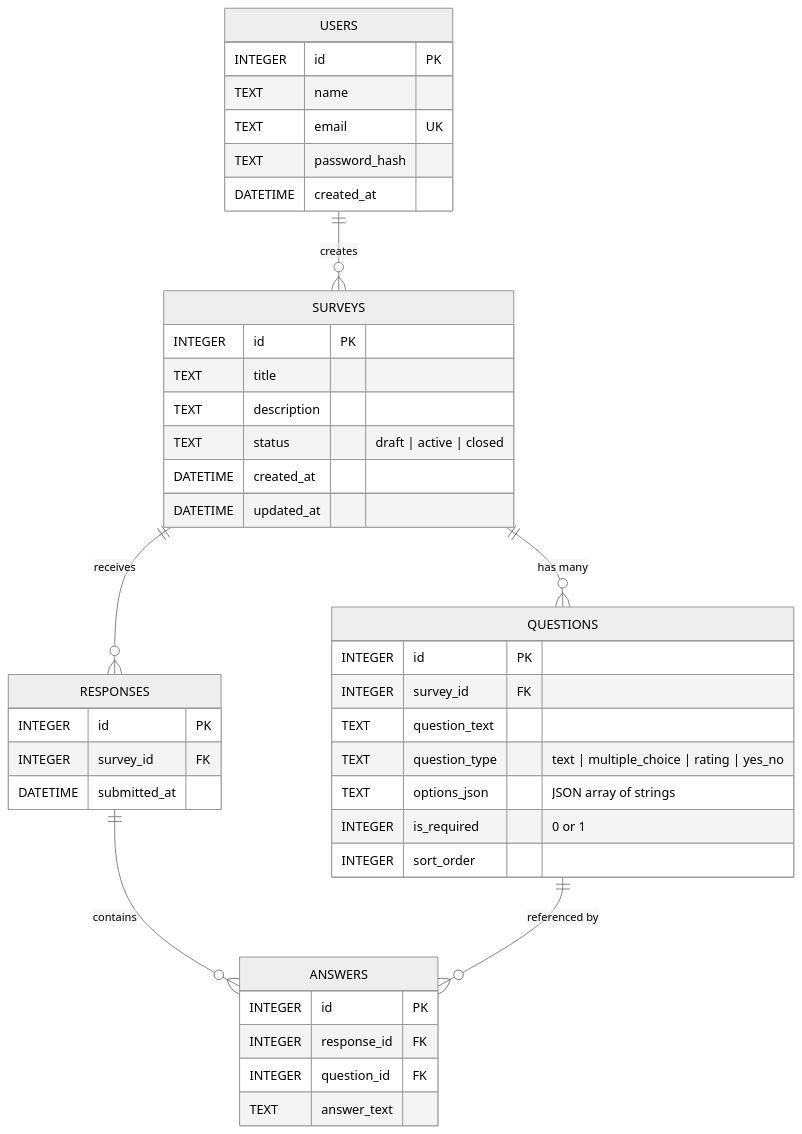
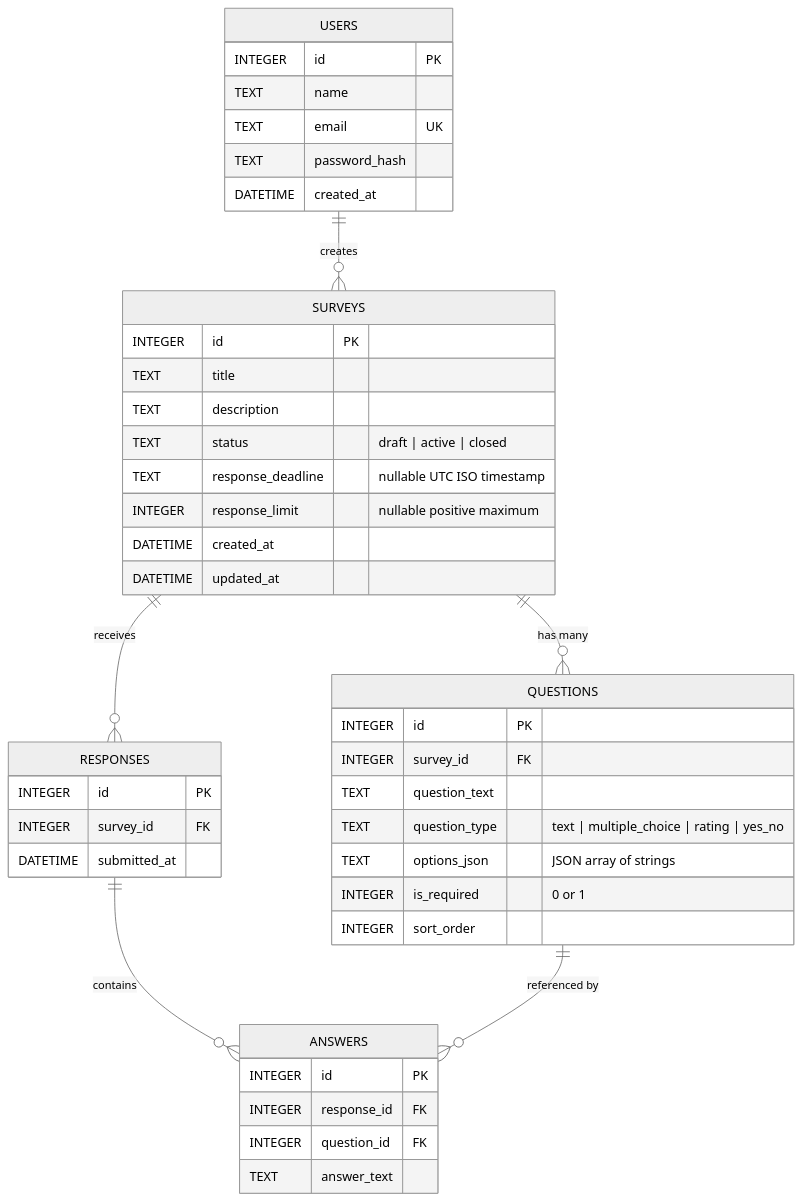
Before and after one commit to monourhosan/Research-Survey-Analytics-Dashboard: the diagram in README.md, drawn with Mermaid (neutral theme). The commit also changed other lines of this file and 2 other files, not shown here.

Commit message:
feat: add PNG analytics chart downloads

````diff
--- a/README.md
+++ b/README.md
@@ -166,48 +179,50 @@
 ```mermaid
 erDiagram
     USERS ||--o{ SURVEYS : "creates"
     SURVEYS ||--o{ QUESTIONS : "has many"
     SURVEYS ||--o{ RESPONSES : "receives"
     RESPONSES ||--o{ ANSWERS : "contains"
     QUESTIONS ||--o{ ANSWERS : "referenced by"
 
     USERS {
         INTEGER id PK
         TEXT name
         TEXT email UK
         TEXT password_hash
         DATETIME created_at
     }
 
     SURVEYS {
         INTEGER id PK
         TEXT title
         TEXT description
         TEXT status "draft | active | closed"
+        TEXT response_deadline "nullable UTC ISO timestamp"
+        INTEGER response_limit "nullable positive maximum"
         DATETIME created_at
         DATETIME updated_at
     }
 
     QUESTIONS {
         INTEGER id PK
         INTEGER survey_id FK
         TEXT question_text
         TEXT question_type "text | multiple_choice | rating | yes_no"
         TEXT options_json "JSON array of strings"
         INTEGER is_required "0 or 1"
         INTEGER sort_order
     }
 
     RESPONSES {
         INTEGER id PK
         INTEGER survey_id FK
         DATETIME submitted_at
     }
 
     ANSWERS {
         INTEGER id PK
         INTEGER response_id FK
         INTEGER question_id FK
         TEXT answer_text
     }
 ```
````
